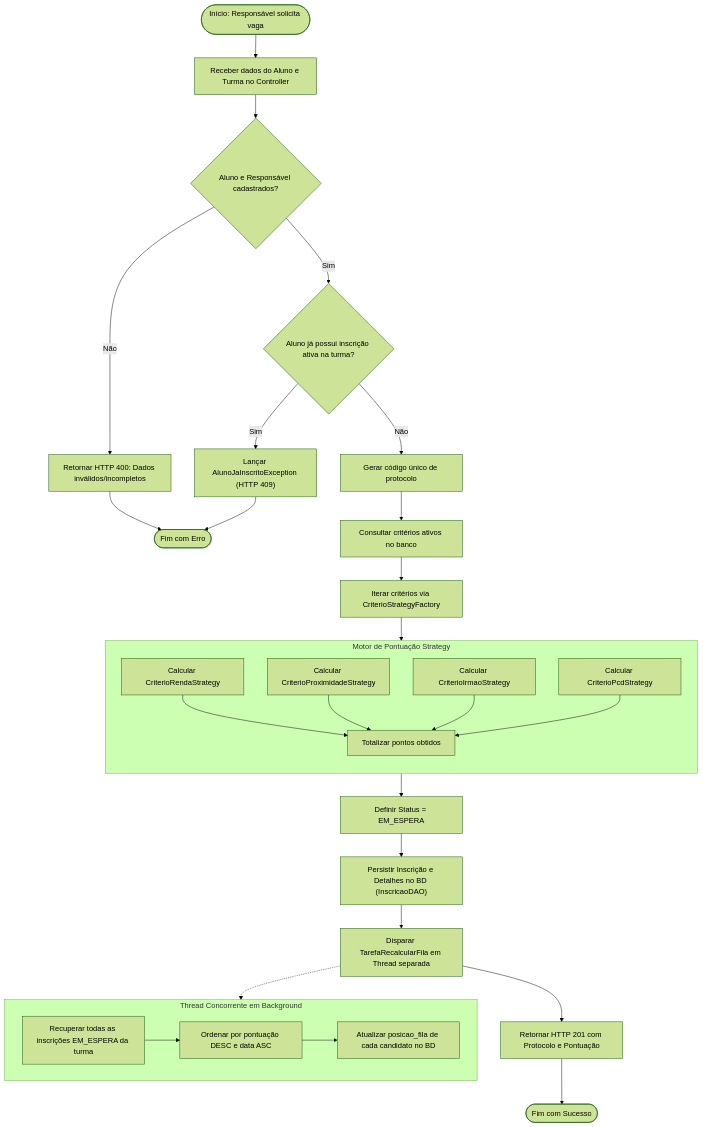
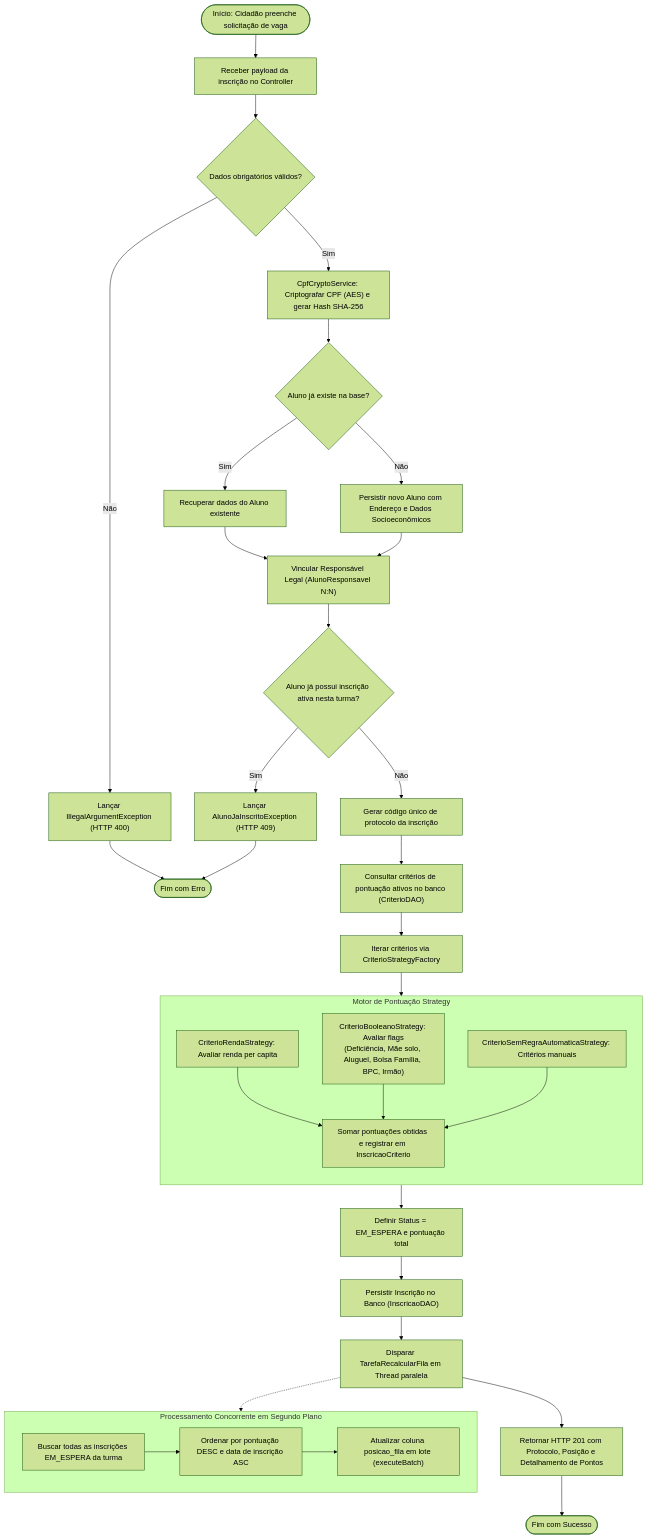
One commit to Sistema-Integrado-de-Vagas-Escolares/backend changed the diagram in diagramas/diagrama-atividades.md. Above: the diagram before and after it, drawn with Mermaid (forest theme). The commit also changed other lines of this file and 6 other files, not shown here.

Commit message:
feat: add system architecture and design documentation diagrams

````diff
--- a/diagramas/diagrama-atividades.md
+++ b/diagramas/diagrama-atividades.md
@@ -9,43 +9,50 @@
 ```mermaid
 flowchart TD
-    Inicio([Início: Responsável solicita vaga]) --> ReceberPayload["Receber dados do Aluno e Turma no Controller"]
-    ReceberPayload --> ValidarCadastro{"Aluno e Responsável cadastrados?"}
+    Inicio([Início: Cidadão preenche solicitação de vaga]) --> ReceberPayload["Receber payload da inscrição no Controller"]
+    ReceberPayload --> ValidarDados{"Dados obrigatórios válidos?"}
 
-    ValidarCadastro -- Não --> RetornarErroCadastro["Retornar HTTP 400: Dados inválidos/incompletos"] --> FimErro([Fim com Erro])
-    ValidarCadastro -- Sim --> ChecarDuplicidade{"Aluno já possui inscrição ativa na turma?"}
+    ValidarDados -- Não --> ErroValidacao["Lançar IllegalArgumentException (HTTP 400)"] --> FimErro([Fim com Erro])
+    ValidarDados -- Sim --> ProcessarCripto["CpfCryptoService: Criptografar CPF (AES) e gerar Hash SHA-256"]
 
-    ChecarDuplicidade -- Sim --> LancarAlunoInscrito["Lançar AlunoJaInscritoException (HTTP 409)"] --> FimErro
-    ChecarDuplicidade -- Não --> GerarProtocolo["Gerar código único de protocolo"]
+    ProcessarCripto --> BuscarAluno{"Aluno já existe na base?"}
+    BuscarAluno -- Sim --> ObterAluno["Recuperar dados do Aluno existente"]
+    BuscarAluno -- Não --> CriarAluno["Persistir novo Aluno com Endereço e Dados Socioeconômicos"]
 
-    GerarProtocolo --> BuscarCriterios["Consultar critérios ativos no banco"]
-    BuscarCriterios --> IniciarCalculoPontos["Iterar critérios via CriterioStrategyFactory"]
+    ObterAluno --> AssociarResponsavel["Vincular Responsável Legal (AlunoResponsavel N:N)"]
+    CriarAluno --> AssociarResponsavel
+
+    AssociarResponsavel --> VerificarDuplicidade{"Aluno já possui inscrição ativa nesta turma?"}
+    VerificarDuplicidade -- Sim --> LancarDuplicado["Lançar AlunoJaInscritoException (HTTP 409)"] --> FimErro
+
+    VerificarDuplicidade -- Não --> GerarProtocolo["Gerar código único de protocolo da inscrição"]
+
+    GerarProtocolo --> BuscarCriterios["Consultar critérios de pontuação ativos no banco (CriterioDAO)"]
+    BuscarCriterios --> IniciarStrategy["Iterar critérios via CriterioStrategyFactory"]
 
     subgraph CalculoStrategy["Motor de Pontuação Strategy"]
         direction TB
-        Criterio1["Calcular CriterioRendaStrategy"]
-        Criterio2["Calcular CriterioProximidadeStrategy"]
-        Criterio3["Calcular CriterioIrmaoStrategy"]
-        Criterio4["Calcular CriterioPcdStrategy"]
-        Somar["Totalizar pontos obtidos"]
-        Criterio1 --> Somar
-        Criterio2 --> Somar
-        Criterio3 --> Somar
-        Criterio4 --> Somar
+        CriterioRenda["CriterioRendaStrategy: Avaliar renda per capita"]
+        CriterioBool["CriterioBooleanoStrategy: Avaliar flags\n(Deficiência, Mãe solo, Aluguel, Bolsa Família, BPC, Irmão)"]
+        CriterioManual["CriterioSemRegraAutomaticaStrategy: Critérios manuais"]
+        SomarPontos["Somar pontuações obtidas e registrar em InscricaoCriterio"]
+        CriterioRenda --> SomarPontos
+        CriterioBool --> SomarPontos
+        CriterioManual --> SomarPontos
     end
 
-    IniciarCalculoPontos --> CalculoStrategy
-    CalculoStrategy --> DefinirStatus["Definir Status = EM_ESPERA"]
+    IniciarStrategy --> CalculoStrategy
+    CalculoStrategy --> DefinirStatus["Definir Status = EM_ESPERA e pontuação total"]
 
-    DefinirStatus --> SalvarInscricao["Persistir Inscrição e Detalhes no BD (InscricaoDAO)"]
-    SalvarInscricao --> DispararThread["Disparar TarefaRecalcularFila em Thread separada"]
+    DefinirStatus --> PersistirInscricao["Persistir Inscrição no Banco (InscricaoDAO)"]
+    PersistirInscricao --> DispararThread["Disparar TarefaRecalcularFila em Thread paralela"]
 
-    subgraph ThreadAsync["Thread Concorrente em Background"]
-        OrdenarFila["Recuperar todas as inscrições EM_ESPERA da turma"]
-        OrdenarFila --> OrdenarDecrescente["Ordenar por pontuação DESC e data ASC"]
-        OrdenarDecrescente --> AtualizarPosicoes["Atualizar posicao_fila de cada candidato no BD"]
+    subgraph BackgroundAsync["Processamento Concorrente em Segundo Plano"]
+        RecuperarFila["Buscar todas as inscrições EM_ESPERA da turma"]
+        RecuperarFila --> Ordenar["Ordenar por pontuação DESC e data de inscrição ASC"]
+        Ordenar --> AtualizarPosicoes["Atualizar coluna posicao_fila em lote (executeBatch)"]
     end
 
-    DispararThread -.-> ThreadAsync
-    DispararThread --> RetornarSucesso["Retornar HTTP 201 com Protocolo e Pontuação"]
+    DispararThread -.-> BackgroundAsync
+    DispararThread --> RetornarSucesso["Retornar HTTP 201 com Protocolo, Posição e Detalhamento de Pontos"]
     RetornarSucesso --> FimSucesso([Fim com Sucesso])
 ```
````
